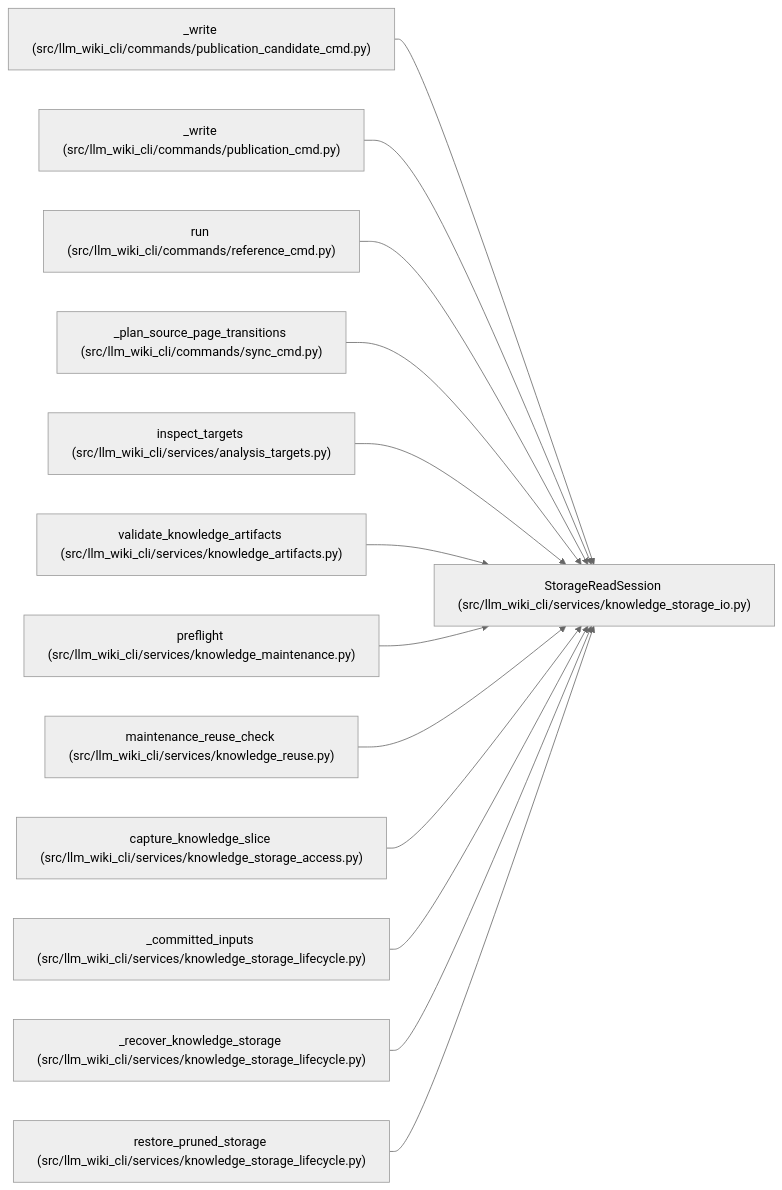
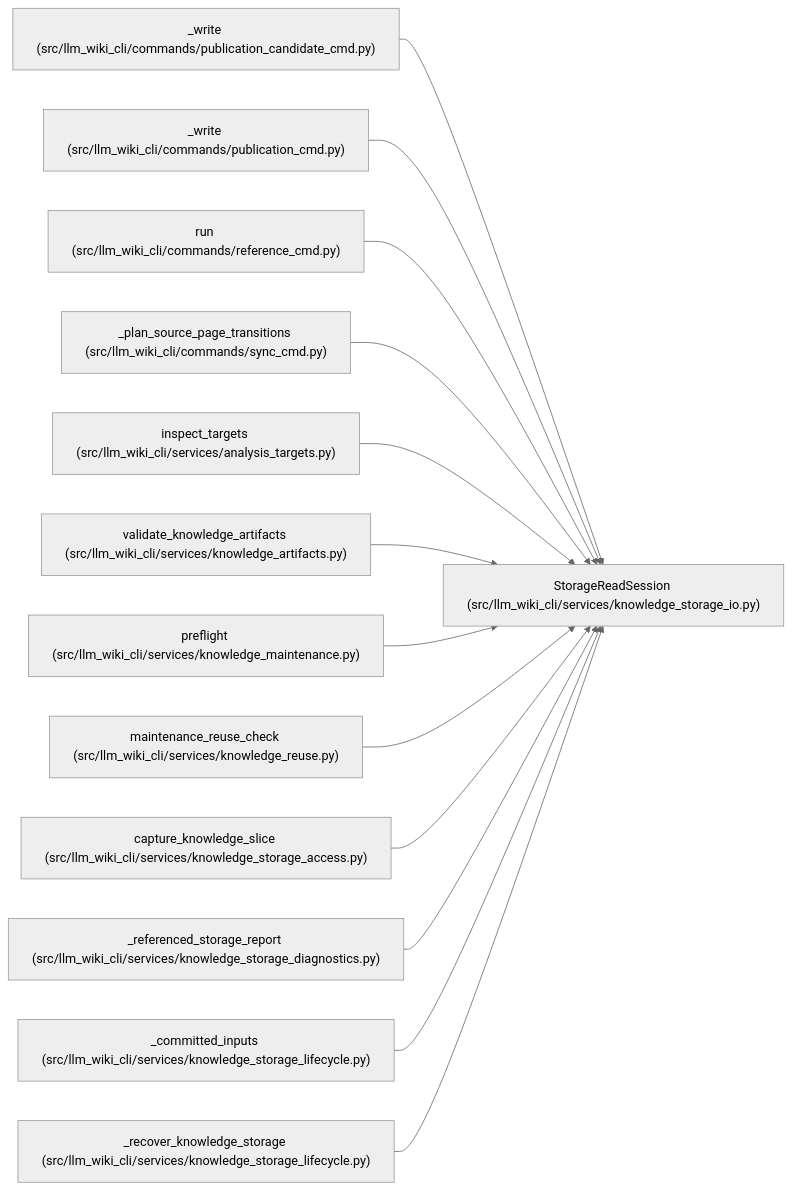
One commit to Denissvgn/python-wiki-llm changed the diagram in docs/llm_wiki/entities/StorageReadSession.md. Above: the diagram before and after it, drawn with Mermaid (neutral theme). The commit also changed other lines of this file and 464 other files, not shown here.

Commit message:
feat: verify storage pruning after wiki updates and enforce read-only retention checks

````diff
--- a/docs/llm_wiki/entities/StorageReadSession.md
+++ b/docs/llm_wiki/entities/StorageReadSession.md
@@ -34,41 +34,41 @@
 ```mermaid
 flowchart LR
     n0["StorageReadSession (src/llm_wiki_cli/services/knowledge_storage_io.py)"]
     n1["_write (src/llm_wiki_cli/commands/publication_candidate_cmd.py)"]
     n2["_write (src/llm_wiki_cli/commands/publication_cmd.py)"]
     n3["run (src/llm_wiki_cli/commands/reference_cmd.py)"]
     n4["_plan_source_page_transitions (src/llm_wiki_cli/commands/sync_cmd.py)"]
     n5["inspect_targets (src/llm_wiki_cli/services/analysis_targets.py)"]
     n6["validate_knowledge_artifacts (src/llm_wiki_cli/services/knowledge_artifacts.py)"]
     n7["preflight (src/llm_wiki_cli/services/knowledge_maintenance.py)"]
     n8["maintenance_reuse_check (src/llm_wiki_cli/services/knowledge_reuse.py)"]
     n9["capture_knowledge_slice (src/llm_wiki_cli/services/knowledge_storage_access.py)"]
-    n10["_committed_inputs (src/llm_wiki_cli/services/knowledge_storage_lifecycle.py)"]
-    n11["_recover_knowledge_storage (src/llm_wiki_cli/services/knowledge_storage_lifecycle.py)"]
-    n12["restore_pruned_storage (src/llm_wiki_cli/services/knowledge_storage_lifecycle.py)"]
+    n10["_referenced_storage_report (src/llm_wiki_cli/services/knowledge_storage_diagnostics.py)"]
+    n11["_committed_inputs (src/llm_wiki_cli/services/knowledge_storage_lifecycle.py)"]
+    n12["_recover_knowledge_storage (src/llm_wiki_cli/services/knowledge_storage_lifecycle.py)"]
     n1 --> n0
     n2 --> n0
     n3 --> n0
     n4 --> n0
     n5 --> n0
     n6 --> n0
     n7 --> n0
     n8 --> n0
     n9 --> n0
     n10 --> n0
     n11 --> n0
     n12 --> n0
     click n0 "../modules/knowledge_storage_io.md"
     click n1 "../modules/publication_candidate_cmd.md"
     click n2 "../modules/publication_cmd.md"
     click n3 "../modules/reference_cmd.md"
     click n4 "../modules/sync_cmd.md"
     click n5 "../modules/analysis_targets.md"
     click n6 "../modules/knowledge_artifacts.md"
     click n7 "../modules/knowledge_maintenance.md"
     click n8 "../modules/knowledge_reuse.md"
     click n9 "../modules/knowledge_storage_access.md"
-    click n10 "../modules/knowledge_storage_lifecycle.md"
+    click n10 "../modules/knowledge_storage_diagnostics.md"
     click n11 "../modules/knowledge_storage_lifecycle.md"
     click n12 "../modules/knowledge_storage_lifecycle.md"
 ```
````
